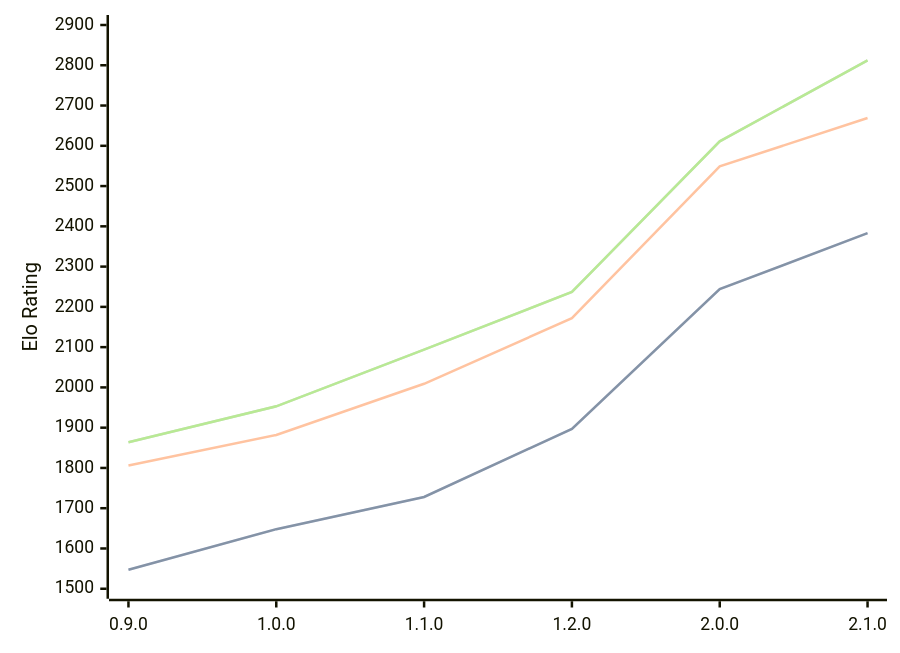
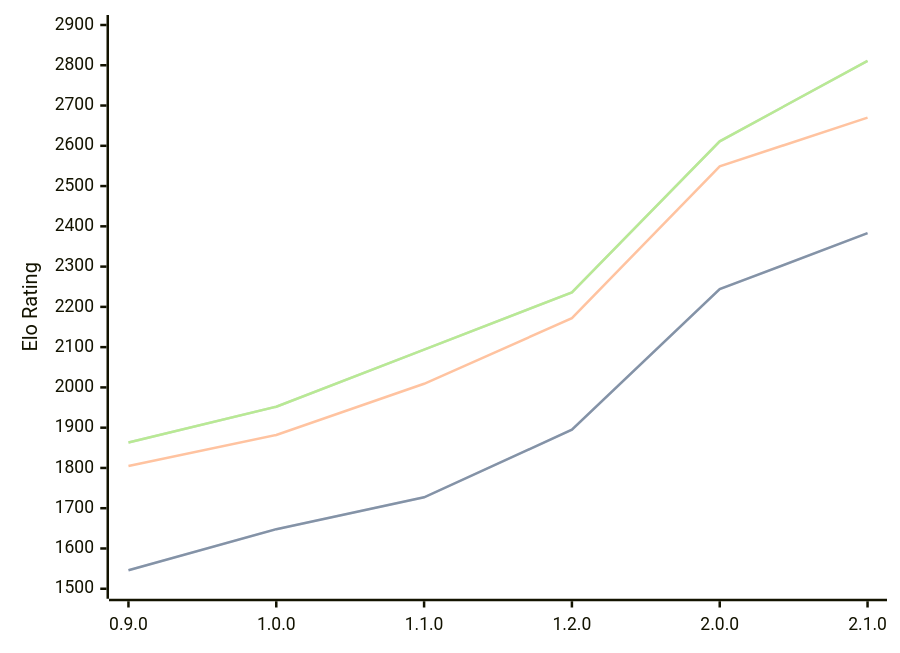
The diagram in engines/Ratsu.md (computer-chess-index/cci), drawn with Mermaid before and after one commit. The commit also changed other lines of this file, not shown here.

Commit message:
Update CCI Ratings (ELO VLTC) - 2026-09-03

````diff
--- a/engines/Ratsu.md
+++ b/engines/Ratsu.md
@@ -36,11 +36,11 @@
 ```mermaid
 %%{init: {"theme":"base","themeVariables":{"seriesColors:['#a3a3a3','#222221','#faa371']}}}%%
 xychart-beta
   x-axis ["0.9.0", "1.0.0", "1.1.0", "1.2.0", "2.0.0", "2.1.0"]
   y-axis "Elo Rating" 1500 --> 2900
-  line "" [1547, 1648, 1728, 1897, 2244, 2383]
-  line "STC (8.0+0.08s)" [1547, 1648, 1728, 1897, 2244, 2383]
-  line "LTC (60.0+0.60s)" [1806, 1882, 2009, 2172, 2549, 2669]
-  line "" [1864, 1953, 2094, 2237, 2611, 2812]
-  line "VLTC (2m24s+1.12s)" [1864, 1953, 2094, 2237, 2611, 2812]
+  line "" [1546, 1648, 1727, 1895, 2244, 2383]
+  line "STC (8.0+0.08s)" [1546, 1648, 1727, 1895, 2244, 2383]
+  line "LTC (60.0+0.60s)" [1805, 1882, 2009, 2172, 2549, 2670]
+  line "" [1863, 1952, 2094, 2236, 2611, 2811]
+  line "VLTC (2m24s+1.12s)" [1863, 1952, 2094, 2236, 2611, 2811]
 ```
````
